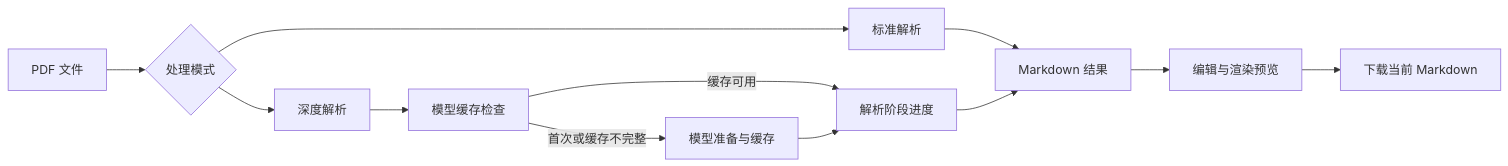
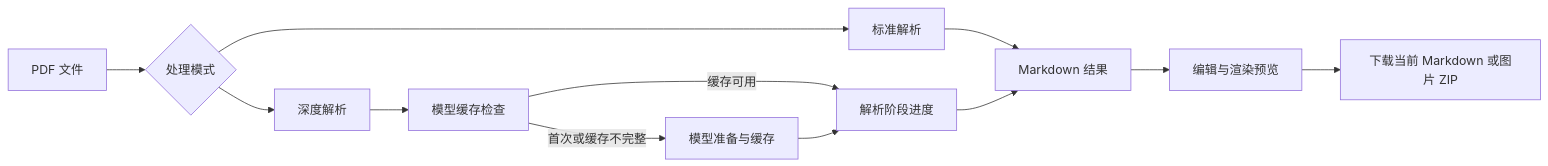
Before and after one commit to ddll8023/tools: the third of 9 diagrams in doc/模块说明文档.md, drawn with Mermaid. The commit also changed other lines of this file and 12 other files, not shown here.

First line of the commit message:
feat: PDF 转 Markdown 支持图片下载与 HTML 表格归一化

````diff
--- a/doc/模块说明文档.md
+++ b/doc/模块说明文档.md
@@ -366,14 +367,14 @@
 ```mermaid
 flowchart LR
     PDFFile[PDF 文件] --> Mode{处理模式}
     Mode --> Standard[标准解析]
     Mode --> Deep[深度解析]
     Deep --> Prepare[模型缓存检查]
     Prepare -->|首次或缓存不完整| ModelDownload[模型准备与缓存]
     Prepare -->|缓存可用| Progress[解析阶段进度]
     ModelDownload --> Progress
     Standard --> Markdown[Markdown 结果]
     Progress --> Markdown
     Markdown --> Edit[编辑与渲染预览]
-    Edit --> Download[下载当前 Markdown]
+    Edit --> Download[下载当前 Markdown 或图片 ZIP]
 ```
````
